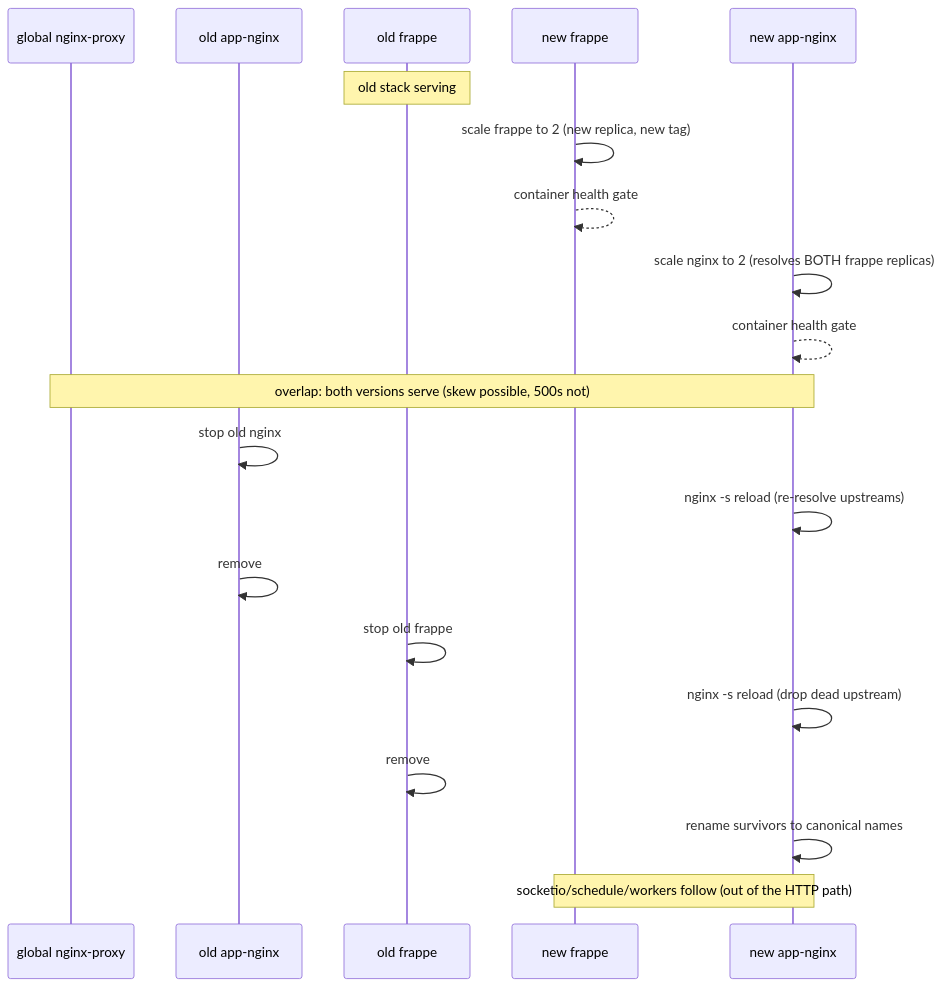
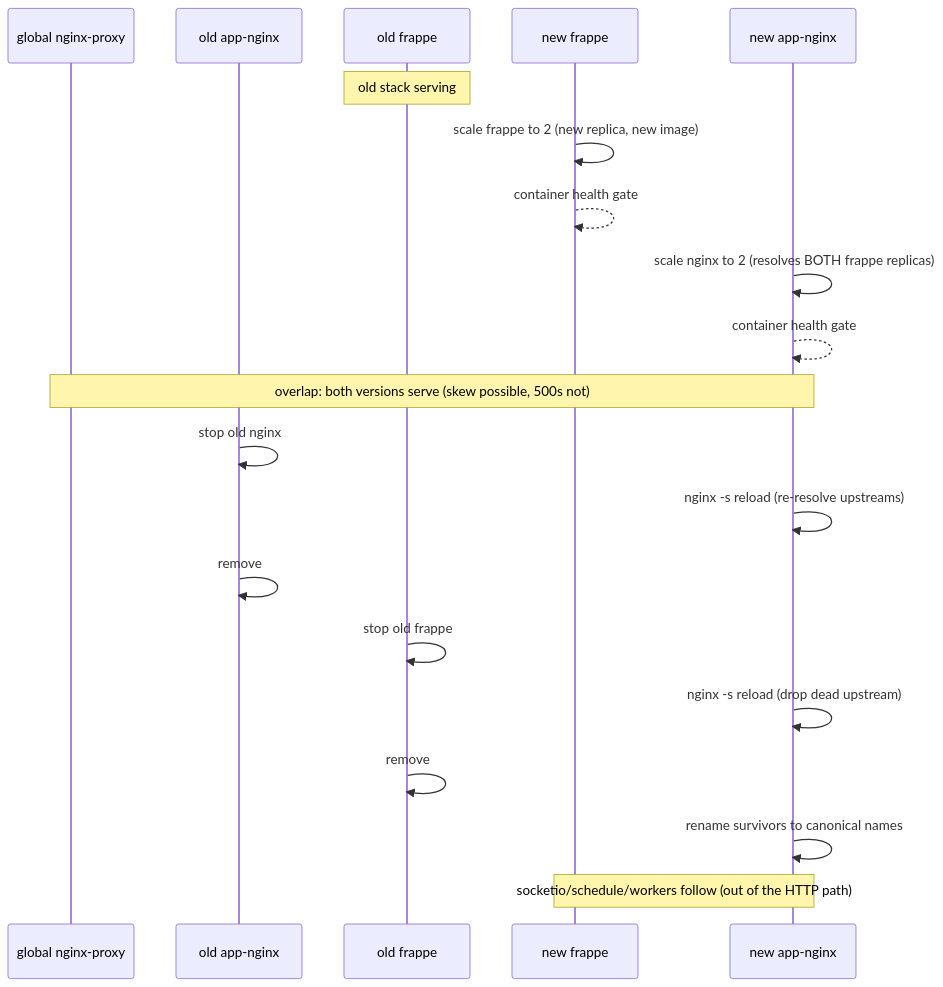
One commit to rtCamp/Frappe-Manager changed the third of 3 diagrams in docs/deploy/index.md. Above: the diagram before and after it, drawn with Mermaid. The commit also changed other lines of this file and 36 other files, not shown here.

````diff
--- a/docs/deploy/index.md
+++ b/docs/deploy/index.md
@@ -113,23 +113,23 @@
 ```mermaid
 sequenceDiagram
     participant P as global nginx-proxy
     participant ON as old app-nginx
     participant OF as old frappe
     participant NF as new frappe
     participant NN as new app-nginx
 
     Note over OF: old stack serving
-    NF->>NF: scale frappe to 2 (new replica, new tag)
+    NF->>NF: scale frappe to 2 (new replica, new image)
     NF-->>NF: container health gate
     NN->>NN: scale nginx to 2 (resolves BOTH frappe replicas)
     NN-->>NN: container health gate
     Note over P,NN: overlap: both versions serve (skew possible, 500s not)
     ON->>ON: stop old nginx
     NN->>NN: nginx -s reload (re-resolve upstreams)
     ON->>ON: remove
     OF->>OF: stop old frappe
     NN->>NN: nginx -s reload (drop dead upstream)
     OF->>OF: remove
     NN->>NN: rename survivors to canonical names
     Note over NF,NN: socketio/schedule/workers follow (out of the HTTP path)
 ```
````
